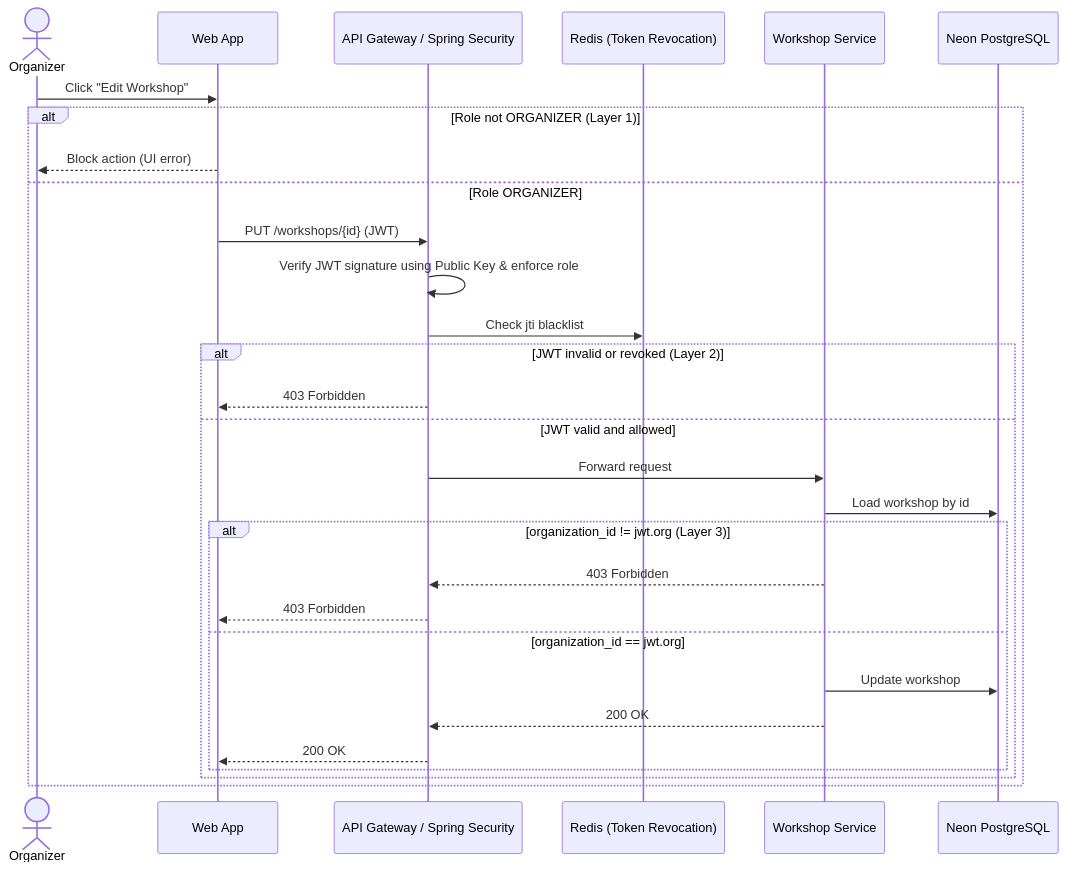
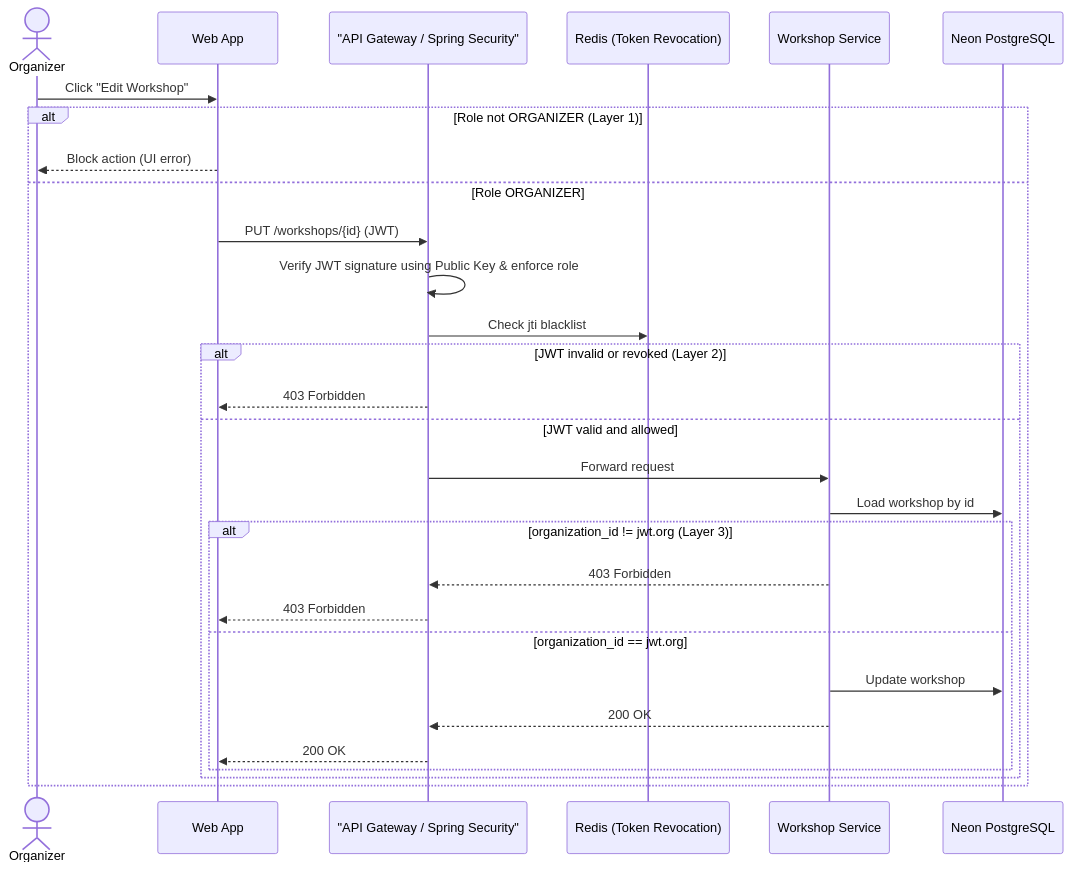
Before and after one commit to phatnguyen975/unihub-workshop: the eighth of 14 diagrams in docs/system-design.md, drawn with Mermaid. The commit also changed other lines of this file and 36 other files, not shown here.

````diff
--- a/docs/system-design.md
+++ b/docs/system-design.md
@@ -848,32 +872,32 @@
 ```mermaid
 sequenceDiagram
   actor Organizer
   participant Web as Web App
-  participant API as API Gateway / Spring Security
+  participant API as "API Gateway / Spring Security"
   participant Redis as Redis (Token Revocation)
   participant Service as Workshop Service
   participant DB as Neon PostgreSQL
 
   Organizer->>Web: Click "Edit Workshop"
   alt Role not ORGANIZER (Layer 1)
     Web-->>Organizer: Block action (UI error)
   else Role ORGANIZER
     Web->>API: PUT /workshops/{id} (JWT)
     API->>API: Verify JWT signature using Public Key & enforce role
     API->>Redis: Check jti blacklist
     alt JWT invalid or revoked (Layer 2)
       API-->>Web: 403 Forbidden
     else JWT valid and allowed
       API->>Service: Forward request
       Service->>DB: Load workshop by id
       alt organization_id != jwt.org (Layer 3)
         Service-->>API: 403 Forbidden
         API-->>Web: 403 Forbidden
       else organization_id == jwt.org
         Service->>DB: Update workshop
         Service-->>API: 200 OK
         API-->>Web: 200 OK
       end
     end
   end
 ```
````
